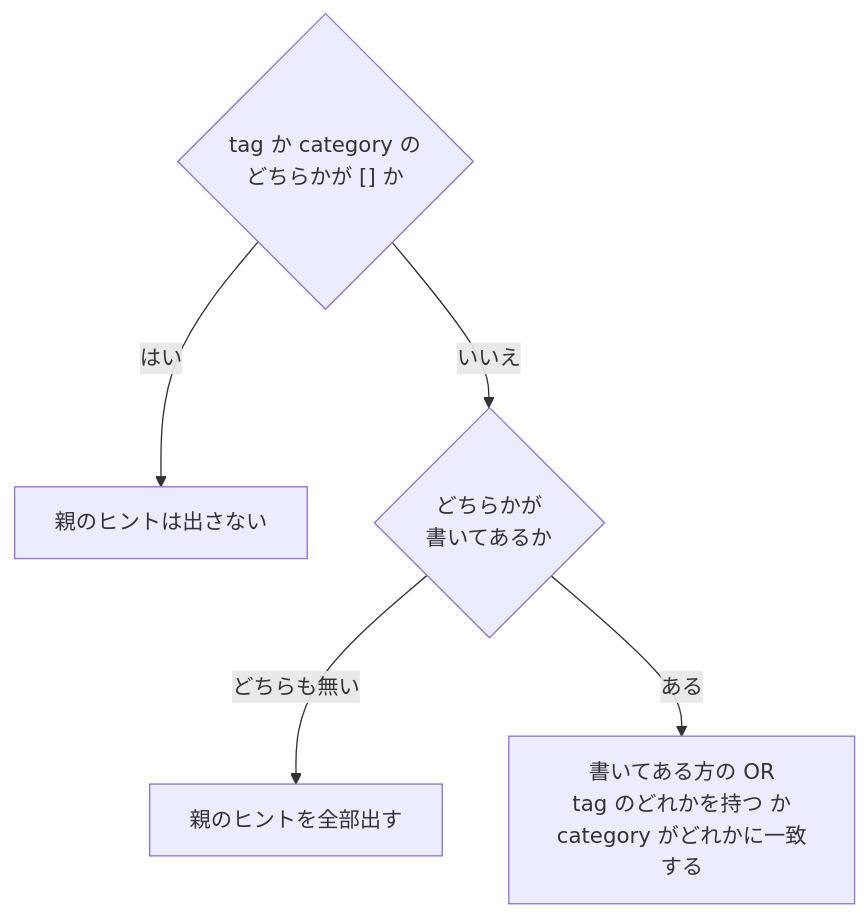
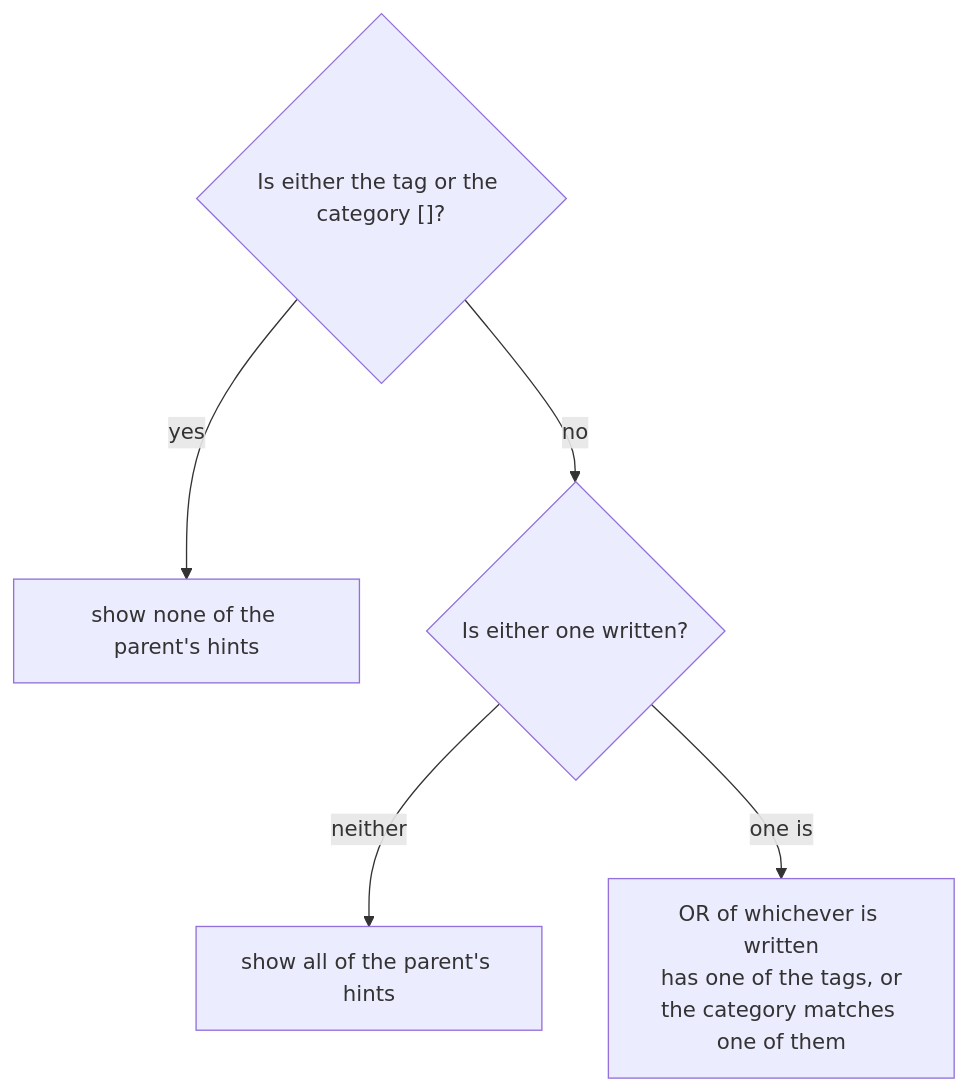
One commit to yasuoeto/wayhint changed the fourth of 5 diagrams in docs/SHEETS.md. Above: the diagram before and after it, drawn with Mermaid. The commit also changed other lines of this file and 23 other files, not shown here.

````diff
--- a/docs/SHEETS.md
+++ b/docs/SHEETS.md
@@ -80,7 +95,7 @@
 ```mermaid
 flowchart TD
-    S{"tag か category の<br/>どちらかが [] か"} -- はい --> N[親のヒントは出さない]
-    S -- いいえ --> W{どちらかが<br/>書いてあるか}
-    W -- どちらも無い --> ALL[親のヒントを全部出す]
-    W -- ある --> OR[書いてある方の OR<br/>tag のどれかを持つ か<br/>category がどれかに一致する]
+    S{"Is either the tag or the category []?"} -- yes --> N[show none of the parent's hints]
+    S -- no --> W{Is either one written?}
+    W -- neither --> ALL[show all of the parent's hints]
+    W -- one is --> OR[OR of whichever is written<br/>has one of the tags, or<br/>the category matches one of them]
 ```
````
